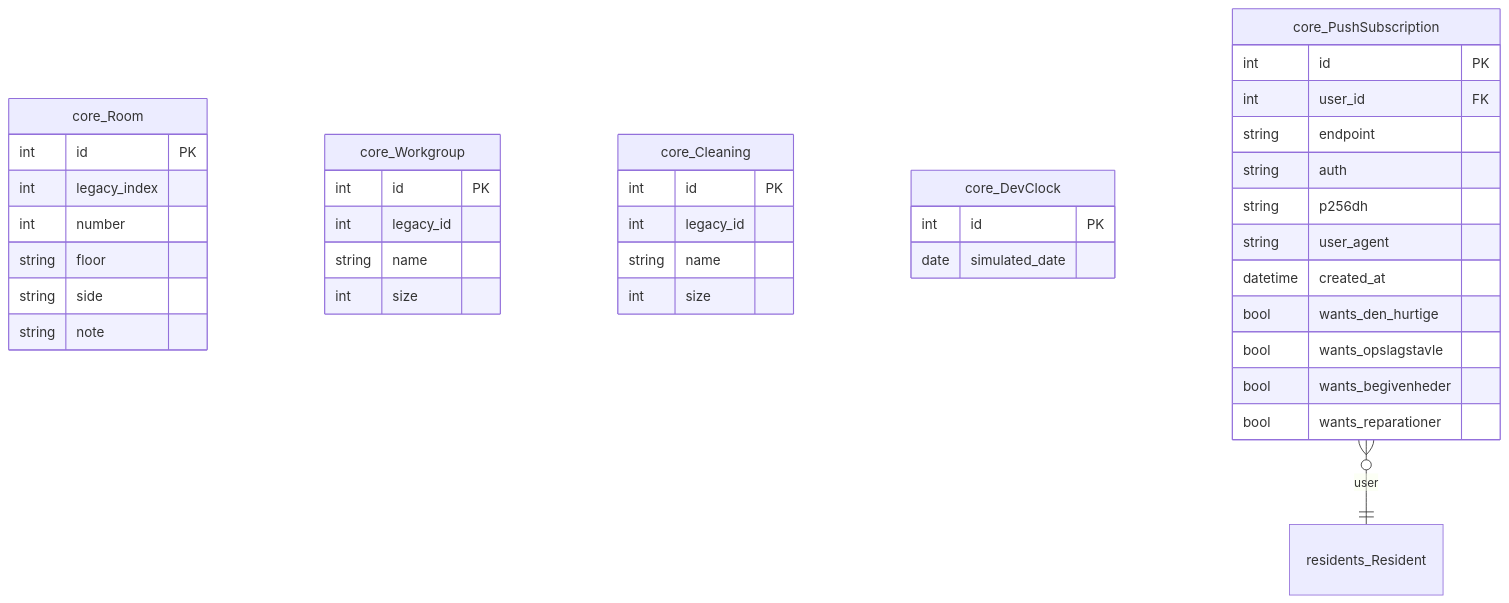
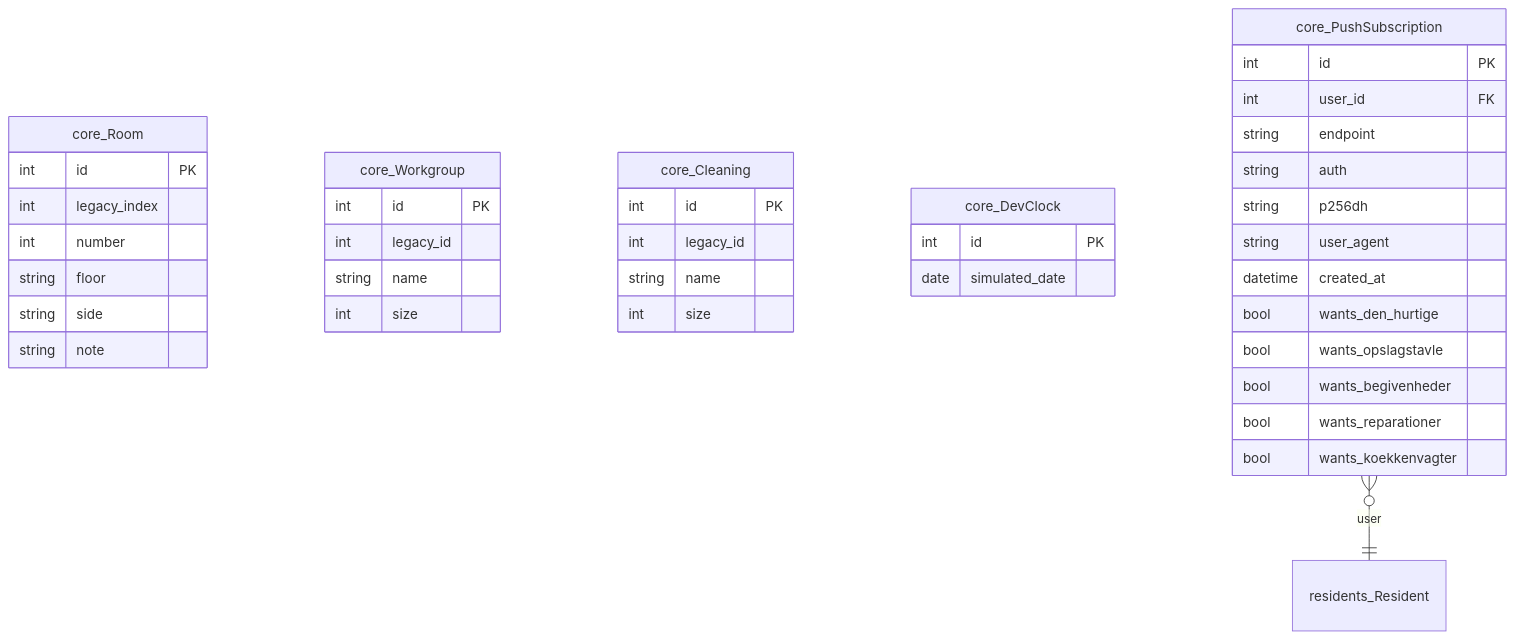
Before and after one commit to GAHK-org/gahk_intern: the sixth of 16 diagrams in docs/erd.md, drawn with Mermaid. The commit also changed other lines of this file and 38 other files, not shown here.

````diff
--- a/docs/erd.md
+++ b/docs/erd.md
@@ -874,48 +934,49 @@
 ```mermaid
 erDiagram
     core_Room {
         int id PK
         int legacy_index
         int number
         string floor
         string side
         string note
     }
 
     core_Workgroup {
         int id PK
         int legacy_id
         string name
         int size
     }
 
     core_Cleaning {
         int id PK
         int legacy_id
         string name
         int size
     }
 
     core_DevClock {
         int id PK
         date simulated_date
     }
 
     core_PushSubscription {
         int id PK
         int user_id FK
         string endpoint
         string auth
         string p256dh
         string user_agent
         datetime created_at
         bool wants_den_hurtige
         bool wants_opslagstavle
         bool wants_begivenheder
         bool wants_reparationer
+        bool wants_koekkenvagter
     }
 
     residents_Resident { }
 
     core_PushSubscription }o--|| residents_Resident : "user"
 ```
````
